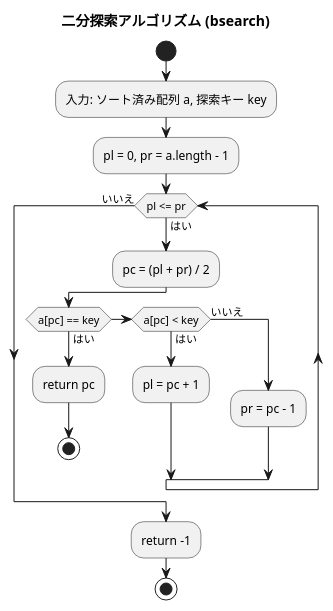
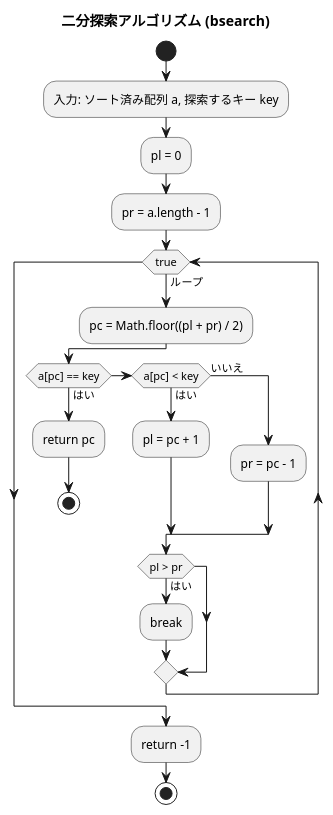
Before and after one commit to k2works/getting-started-algorithm: the fourth of 6 diagrams in docs/article/node/03-search-algorithms.md, drawn with PlantUML. The commit also changed other lines of this file and 7 other files, not shown here.

````diff
--- a/docs/article/node/03-search-algorithms.md
+++ b/docs/article/node/03-search-algorithms.md
@@ -139,24 +275,30 @@
 ```plantuml
 @startuml
 title 二分探索アルゴリズム (bsearch)
 
 start
-:入力: ソート済み配列 a, 探索キー key;
-:pl = 0, pr = a.length - 1;
+:入力: ソート済み配列 a, 探索するキー key;
+:pl = 0;
+:pr = a.length - 1;
 
-while (pl <= pr) is (はい)
-  :pc = (pl + pr) / 2;
+while (true) is (ループ)
+  :pc = Math.floor((pl + pr) / 2);
+
   if (a[pc] == key) then (はい)
     :return pc;
     stop
   elseif (a[pc] < key) then (はい)
     :pl = pc + 1;
   else (いいえ)
     :pr = pc - 1;
   endif
-endwhile (いいえ)
+
+  if (pl > pr) then (はい)
+    :break;
+  endif
+endwhile
 
 :return -1;
 stop
 @enduml
 ```
````
